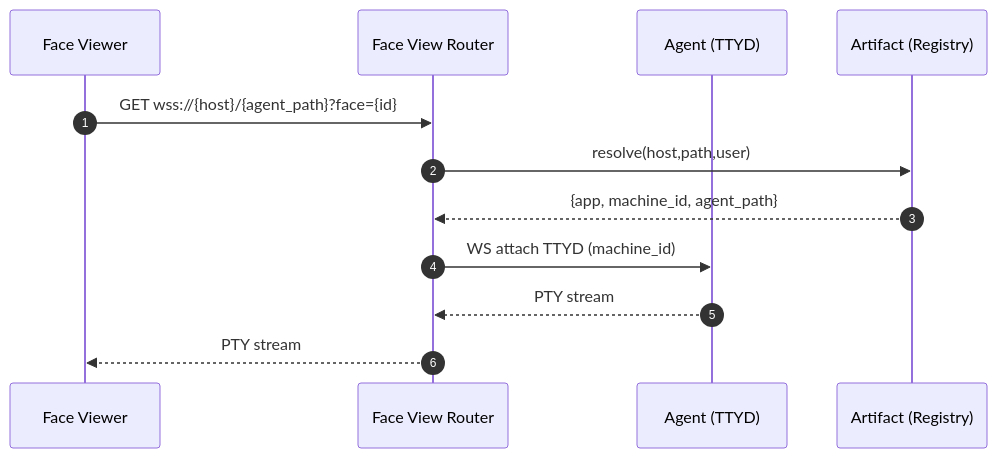
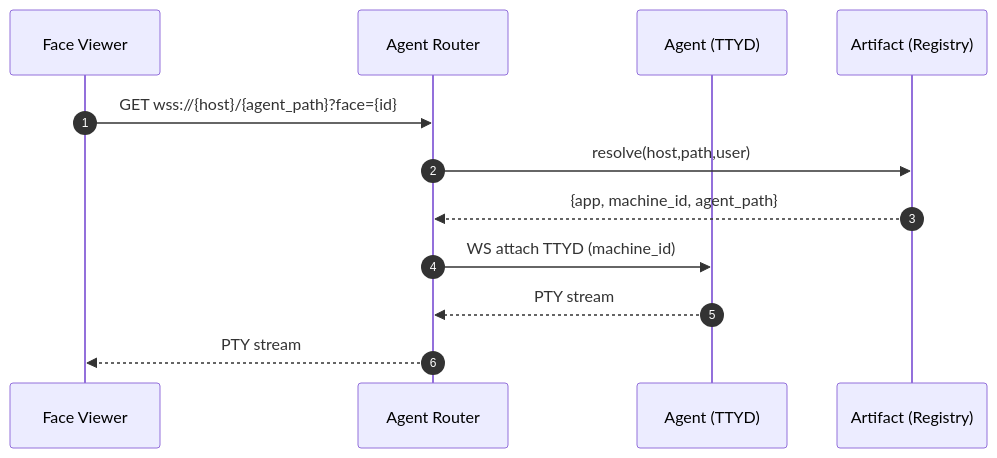
The ninth of 9 diagrams in design/docs/DIAGRAMS.md (dreamcatcher-tech/artifact-codex), drawn with Mermaid before and after one commit. The commit also changed other lines of this file and 45 other files, not shown here.

````diff
--- a/design/docs/DIAGRAMS.md
+++ b/design/docs/DIAGRAMS.md
@@ -179,14 +179,14 @@
 ```mermaid
 sequenceDiagram
   autonumber
   participant U as Face Viewer
-  participant FVR as Face View Router
+  participant AR as Agent Router
   participant A as Agent (TTYD)
   participant R as Artifact (Registry)
-  U->>FVR: GET wss://{host}/{agent_path}?face={id}
-  FVR->>R: resolve(host,path,user)
-  R-->>FVR: {app, machine_id, agent_path}
-  FVR->>A: WS attach TTYD (machine_id)
-  A-->>FVR: PTY stream
-  FVR-->>U: PTY stream
+  U->>AR: GET wss://{host}/{agent_path}?face={id}
+  AR->>R: resolve(host,path,user)
+  R-->>AR: {app, machine_id, agent_path}
+  AR->>A: WS attach TTYD (machine_id)
+  A-->>AR: PTY stream
+  AR-->>U: PTY stream
 ```
````
